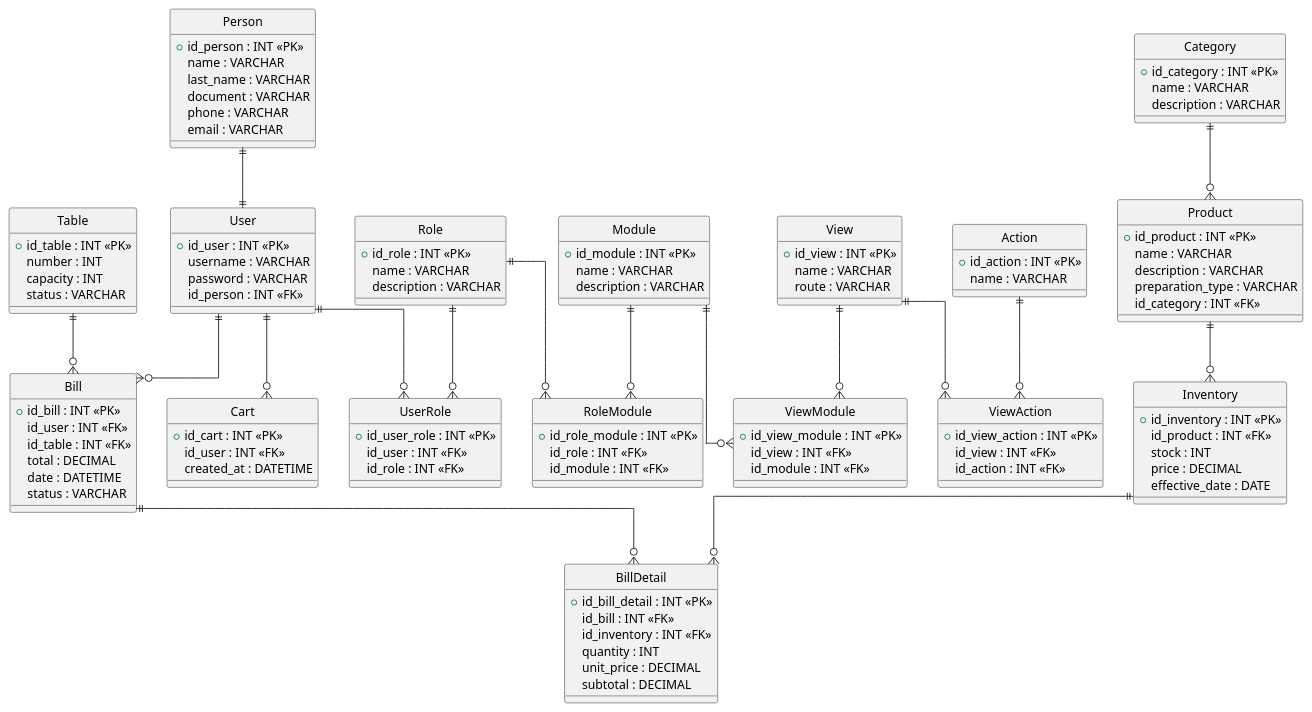
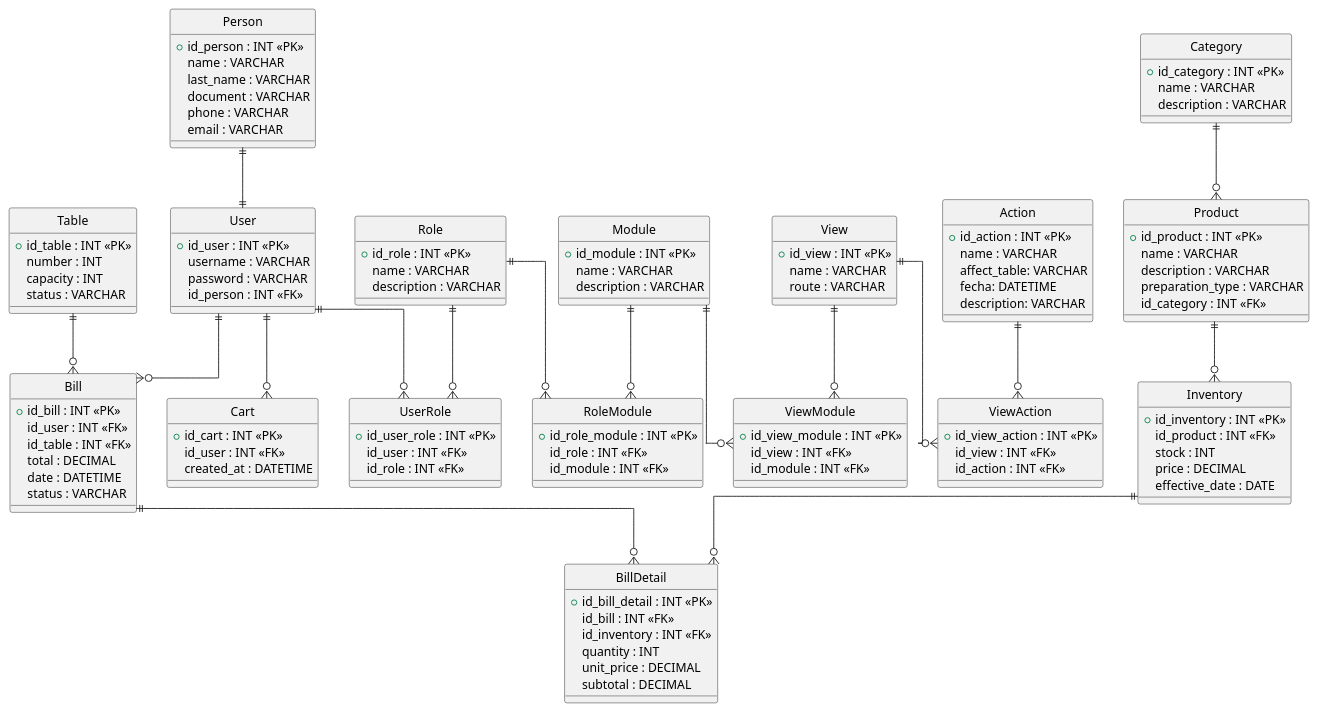
One commit to Juan-Cortes2045/Mini-proyecto-carrito-de-compras-Cafeteria changed the diagram in Diagramas wsd/caferteria_mer.wsd. Above: the diagram before and after it, drawn with PlantUML. The commit also changed 10 other files, not shown here.

```diff
--- a/Diagramas wsd/caferteria_mer.wsd
+++ b/Diagramas wsd/caferteria_mer.wsd
@@ -1,143 +1,146 @@
 @startuml cafeteria_mer
 hide circle
 skinparam linetype ortho
 
 
 
 entity Person {
   +id_person : INT <<PK>>
   name : VARCHAR
   last_name : VARCHAR
   document : VARCHAR
   phone : VARCHAR
   email : VARCHAR
 }
 
 entity User {
   +id_user : INT <<PK>>
   username : VARCHAR
   password : VARCHAR
   id_person : INT <<FK>>
 }
 
 entity Role {
   +id_role : INT <<PK>>
   name : VARCHAR
   description : VARCHAR
 }
 
 entity Module {
   +id_module : INT <<PK>>
   name : VARCHAR
   description : VARCHAR
 }
 
 entity View {
   +id_view : INT <<PK>>
   name : VARCHAR
   route : VARCHAR
 }
 
 entity Action {
   +id_action : INT <<PK>>
   name : VARCHAR
+  affect_table: VARCHAR
+  fecha: DATETIME
+  description: VARCHAR
 }
 
 entity UserRole {
   +id_user_role : INT <<PK>>
   id_user : INT <<FK>>
   id_role : INT <<FK>>
 }
 
 entity RoleModule {
   +id_role_module : INT <<PK>>
   id_role : INT <<FK>>
   id_module : INT <<FK>>
 }
 
 entity ViewModule {
   +id_view_module : INT <<PK>>
   id_view : INT <<FK>>
   id_module : INT <<FK>>
 }
 
 entity ViewAction {
   +id_view_action : INT <<PK>>
   id_view : INT <<FK>>
   id_action : INT <<FK>>
 }
 
 
 entity Category {
   +id_category : INT <<PK>>
   name : VARCHAR
   description : VARCHAR
 }
 
 entity Product {
   +id_product : INT <<PK>>
   name : VARCHAR
   description : VARCHAR
   preparation_type : VARCHAR
   id_category : INT <<FK>>
 }
 
 entity Inventory {
   +id_inventory : INT <<PK>>
   id_product : INT <<FK>>
   stock : INT
   price : DECIMAL
   effective_date : DATE
 }
 
 entity Cart {
   +id_cart : INT <<PK>>
   id_user : INT <<FK>>
   created_at : DATETIME
 }
 
 entity Table {
   +id_table : INT <<PK>>
   number : INT
   capacity : INT
   status : VARCHAR
 }
 
 entity Bill {
   +id_bill : INT <<PK>>
   id_user : INT <<FK>>
   id_table : INT <<FK>>
   total : DECIMAL
   date : DATETIME
   status : VARCHAR
 }
 
 entity BillDetail {
   +id_bill_detail : INT <<PK>>
   id_bill : INT <<FK>>
   id_inventory : INT <<FK>>
   quantity : INT
   unit_price : DECIMAL
   subtotal : DECIMAL
 }
 
 
 
 Person||--|| User
 User ||--o{ UserRole
 Role ||--o{ UserRole
 Role ||--o{ RoleModule
 Module ||--o{ RoleModule
 Module ||--o{ ViewModule
 View ||--o{ ViewModule
 View ||--o{ ViewAction
 Action ||--o{ ViewAction
 
 Category ||--o{ Product
 Product ||--o{ Inventory
 User ||--o{ Cart
 User ||--o{ Bill
 Bill ||--o{ BillDetail
 Inventory ||--o{ BillDetail
 Table ||--o{ Bill
 @enduml
```
